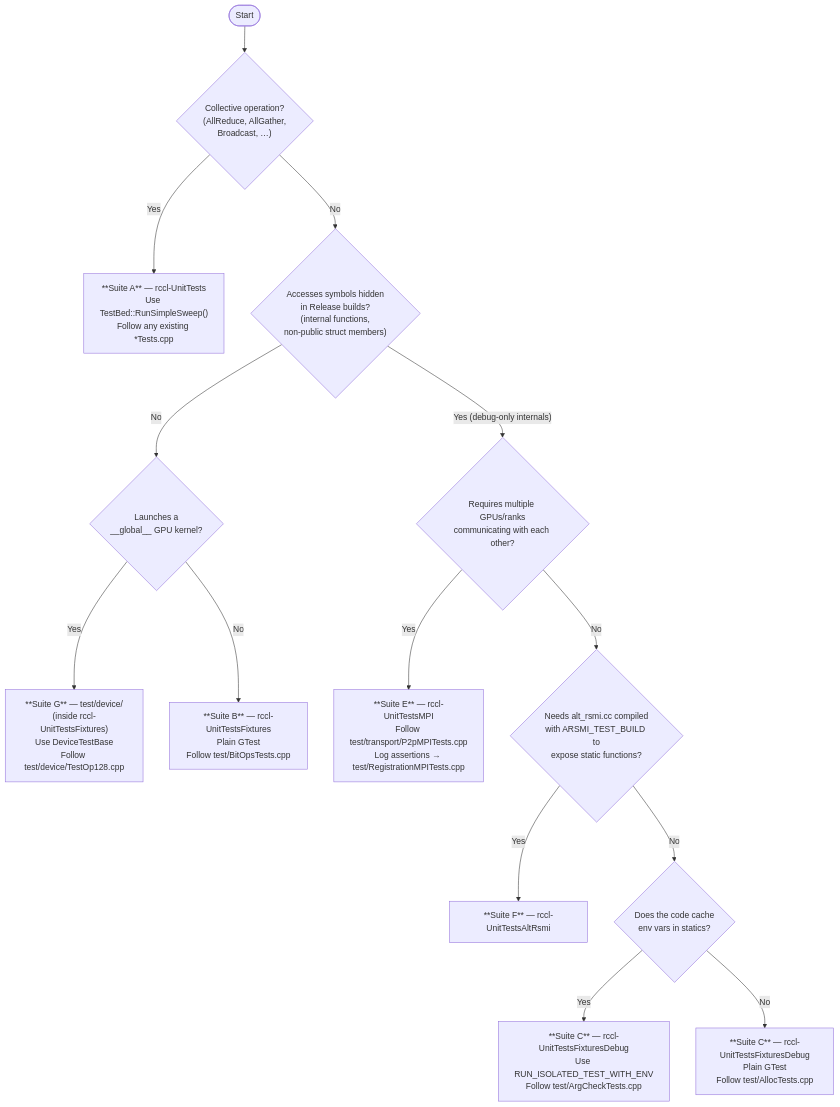
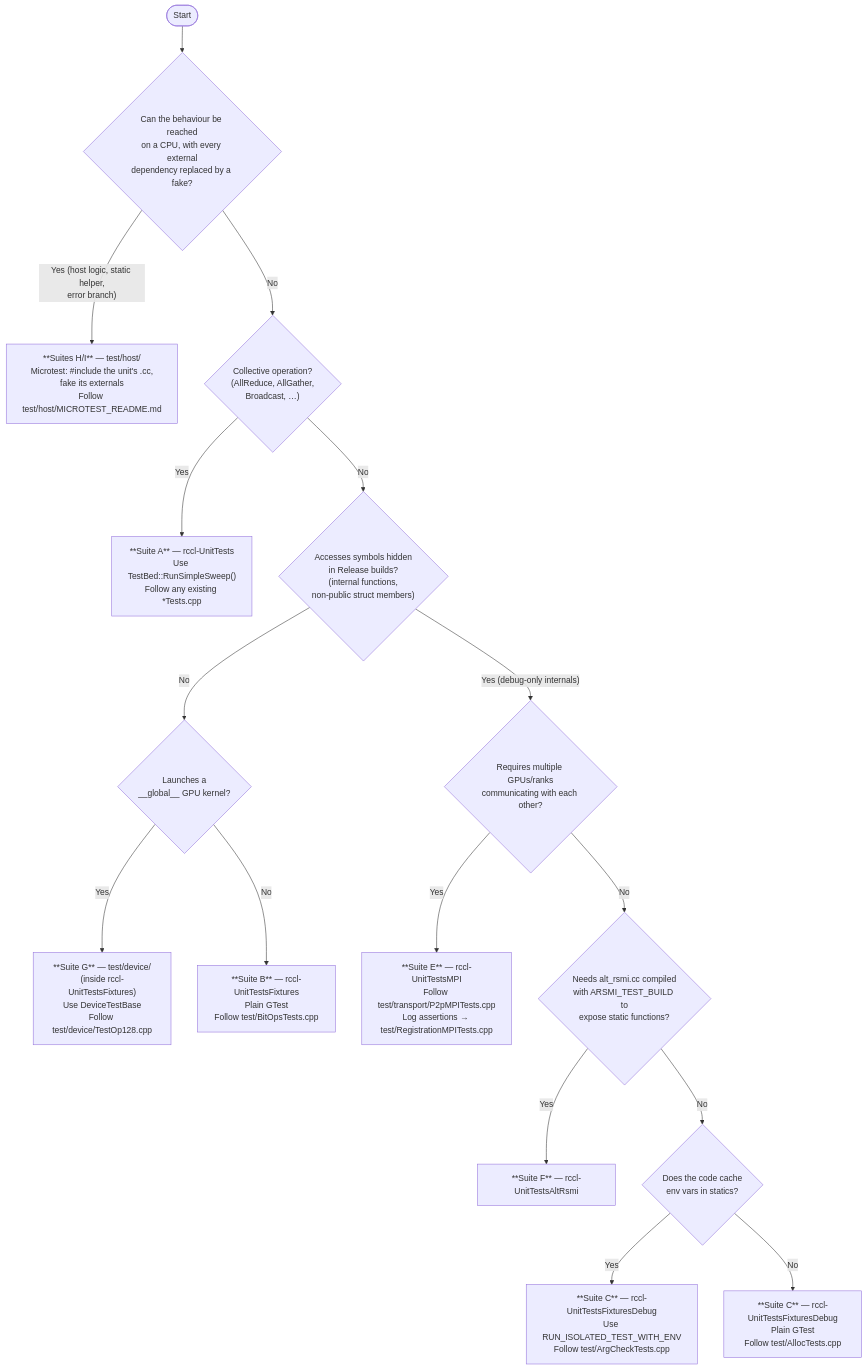
The diagram in projects/rccl/TESTING.md (ROCm/rocm-systems), drawn with Mermaid before and after one commit. The commit also changed other lines of this file, not shown here.

````diff
--- a/projects/rccl/TESTING.md
+++ b/projects/rccl/TESTING.md
@@ -590,25 +703,29 @@
 ```mermaid
 flowchart TD
-    A([Start]) --> B{"Collective operation?\n(AllReduce, AllGather,\nBroadcast, …)"}
+    A([Start]) --> H{"Can the behaviour be reached\non a CPU, with every external\ndependency replaced by a fake?"}
+
+    H -- "Yes (host logic, static helper,\nerror branch)" --> SH["**Suites H/I** — test/host/\nMicrotest: #include the unit's .cc,\nfake its externals\nFollow test/host/MICROTEST_README.md"]
+
+    H -- No --> B{"Collective operation?\n(AllReduce, AllGather,\nBroadcast, …)"}
 
     B -- Yes --> SA["**Suite A** — rccl-UnitTests\nUse TestBed::RunSimpleSweep()\nFollow any existing *Tests.cpp"]
 
     B -- No --> C{"Accesses symbols hidden\nin Release builds?\n(internal functions,\nnon-public struct members)"}
 
     C -- No --> D{"Launches a\n__global__ GPU kernel?"}
     D -- Yes --> SG["**Suite G** — test/device/\n(inside rccl-UnitTestsFixtures)\nUse DeviceTestBase\nFollow test/device/TestOp128.cpp"]
     D -- No --> SB["**Suite B** — rccl-UnitTestsFixtures\nPlain GTest\nFollow test/BitOpsTests.cpp"]
 
     C -- "Yes (debug-only internals)" --> E{"Requires multiple GPUs/ranks\ncommunicating with each other?"}
 
     E -- Yes --> SE["**Suite E** — rccl-UnitTestsMPI\nFollow test/transport/P2pMPITests.cpp\nLog assertions → test/RegistrationMPITests.cpp"]
 
     E -- No --> F{"Needs alt_rsmi.cc compiled\nwith ARSMI_TEST_BUILD to\nexpose static functions?"}
 
     F -- Yes --> SF["**Suite F** — rccl-UnitTestsAltRsmi"]
 
     F -- No --> G{"Does the code cache\nenv vars in statics?"}
 
     G -- Yes --> SC_env["**Suite C** — rccl-UnitTestsFixturesDebug\nUse RUN_ISOLATED_TEST_WITH_ENV\nFollow test/ArgCheckTests.cpp"]
     G -- No --> SC_plain["**Suite C** — rccl-UnitTestsFixturesDebug\nPlain GTest\nFollow test/AllocTests.cpp"]
 ```
````
